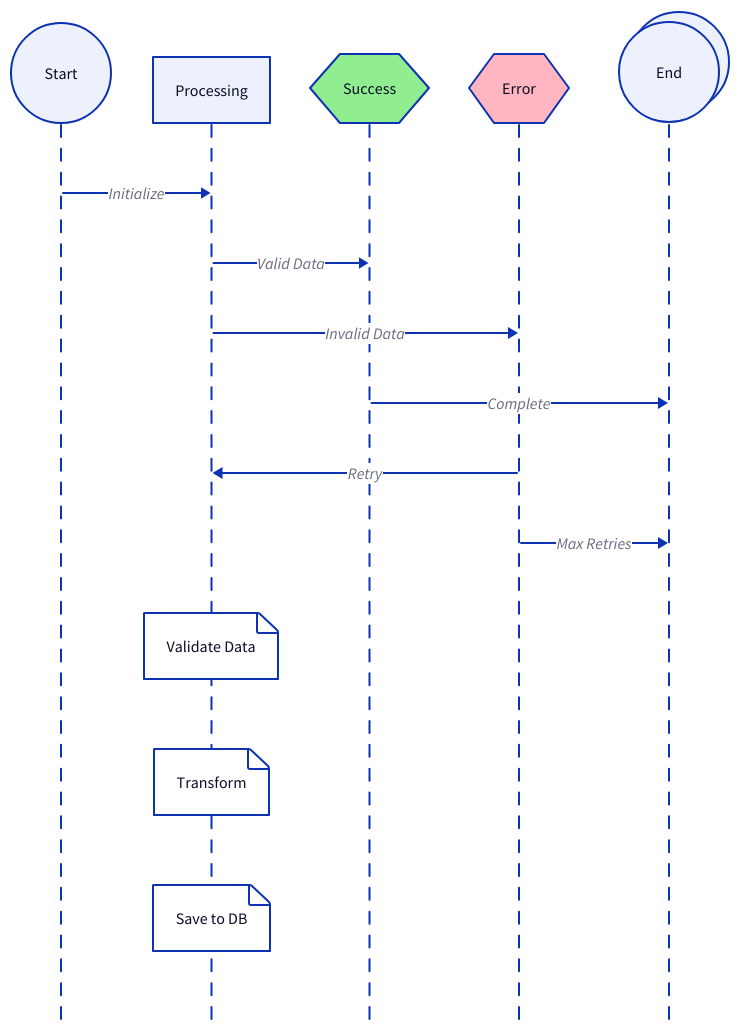
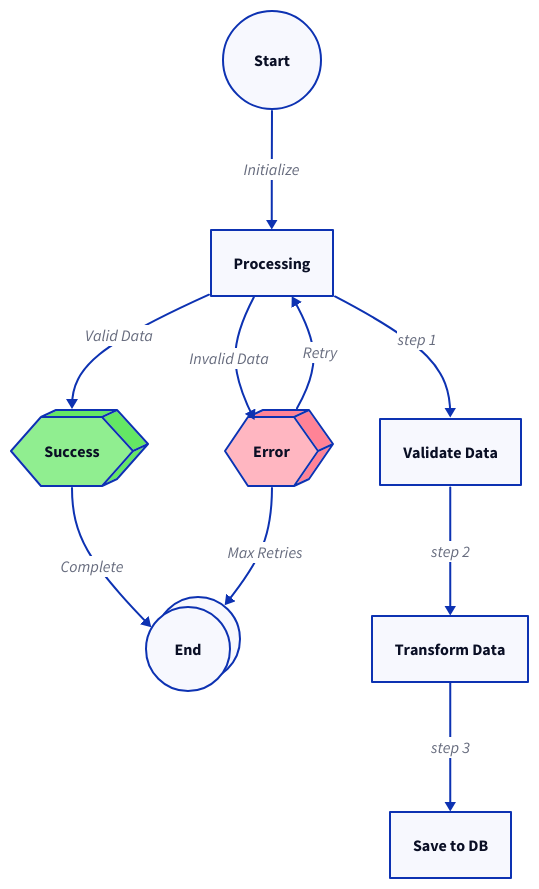
The sixth of 7 diagrams in example.md (jmcarbo/rhesis), drawn with D2 before and after one commit. The commit also changed other lines of this file, not shown here.

First line of the commit message:
Fix D2 diagram syntax errors

````diff
--- a/example.md
+++ b/example.md
@@ -216,22 +214,22 @@
 ```d2
-shape: sequence_diagram
-
 Start: {shape: circle}
 Processing: {shape: rectangle}
-Success: {shape: hexagon; style.fill: "#90EE90"}
-Error: {shape: hexagon; style.fill: "#FFB6C1"}
+Success: {shape: hexagon; style.fill: "#90EE90"; style.3d: true}
+Error: {shape: hexagon; style.fill: "#FFB6C1"; style.3d: true}
 End: {shape: circle; style.multiple: true}
 
 Start -> Processing: "Initialize"
 Processing -> Success: "Valid Data"
 Processing -> Error: "Invalid Data"
 Success -> End: "Complete"
 Error -> Processing: "Retry"
 Error -> End: "Max Retries"
 
-Processing: {
-  Validate Data
-  Transform
-  Save to DB
-}
+Validate: "Validate Data" {shape: rectangle}
+Transform: "Transform Data" {shape: rectangle}
+Save: "Save to DB" {shape: rectangle}
+
+Processing -> Validate: "step 1"
+Validate -> Transform: "step 2"
+Transform -> Save: "step 3"
 ```
````
